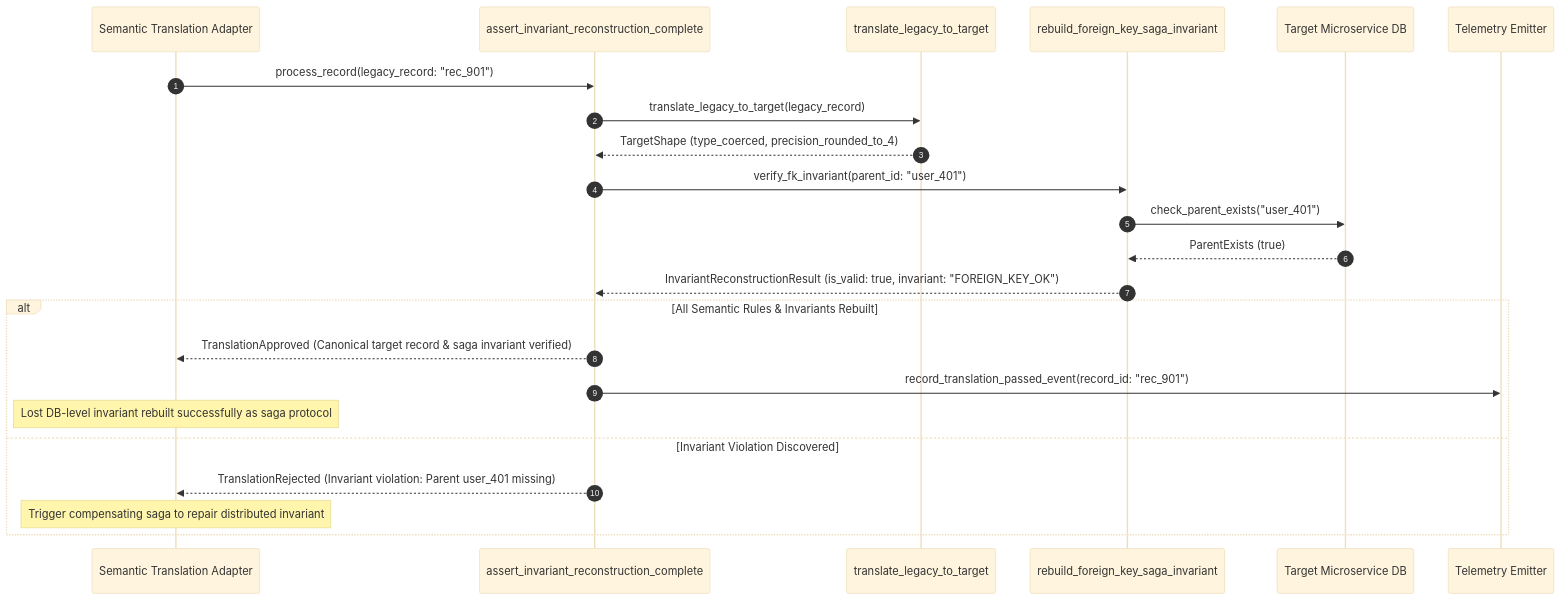
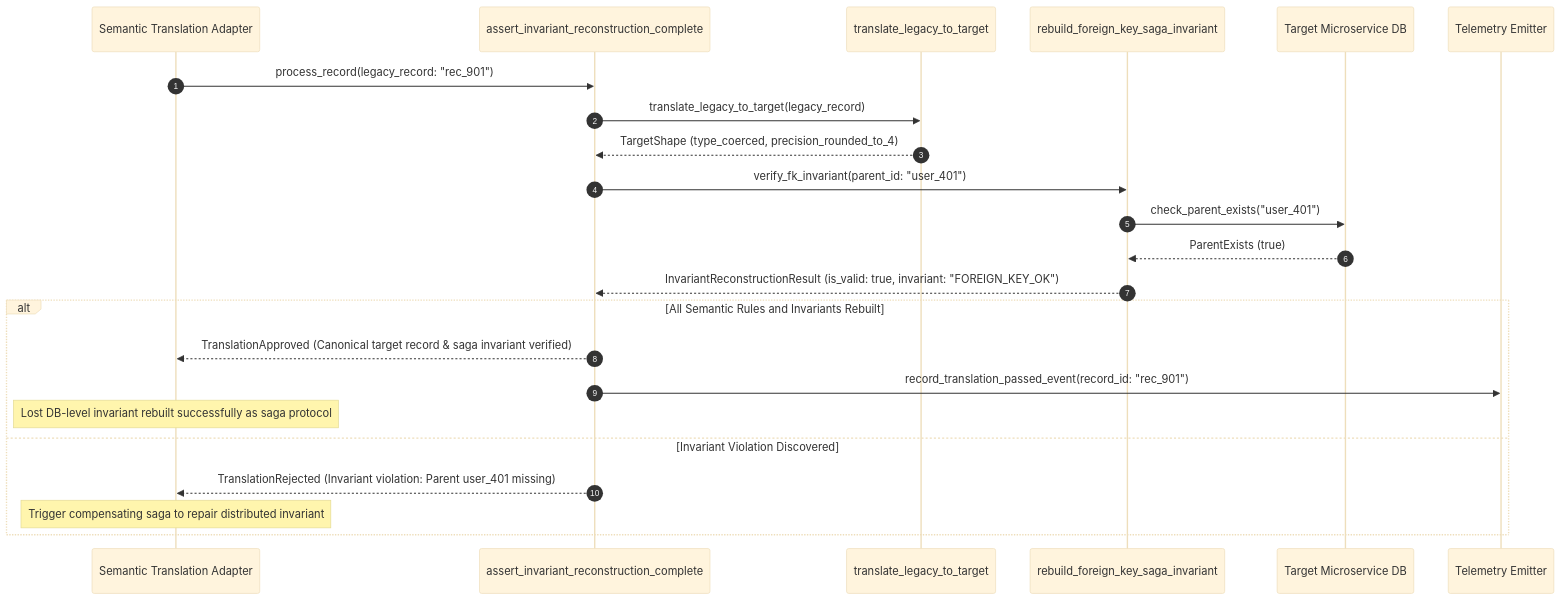
One commit to Chief-Strategist-J/llm-observability-platform changed the second of 2 diagrams in notebooks/runbooks/refs/08-data-translation-and-sagas/semantic-translation-invariant-reconstruction.md. Above: the diagram before and after it, drawn with Mermaid (base theme). The commit also changed 52 other files, not shown here.

Commit message:
fix(docs): resolve all Mermaid diagram syntax errors across runbook suite

````diff
--- a/notebooks/runbooks/refs/08-data-translation-and-sagas/semantic-translation-invariant-reconstruction.md
+++ b/notebooks/runbooks/refs/08-data-translation-and-sagas/semantic-translation-invariant-reconstruction.md
@@ -54,30 +54,30 @@
 ```mermaid
 sequenceDiagram
     autonumber
     participant Adapter as Semantic Translation Adapter
     participant Guard as assert_invariant_reconstruction_complete
     participant Translator as translate_legacy_to_target
     participant SagaRebuilder as rebuild_foreign_key_saga_invariant
     participant TargetSvc as Target Microservice DB
     participant Audit as Telemetry Emitter
 
     Adapter->>Guard: process_record(legacy_record: "rec_901")
     
     Guard->>Translator: translate_legacy_to_target(legacy_record)
     Translator-->>Guard: TargetShape (type_coerced, precision_rounded_to_4)
 
     Guard->>SagaRebuilder: verify_fk_invariant(parent_id: "user_401")
     SagaRebuilder->>TargetSvc: check_parent_exists("user_401")
     TargetSvc-->>SagaRebuilder: ParentExists (true)
 
     SagaRebuilder-->>Guard: InvariantReconstructionResult (is_valid: true, invariant: "FOREIGN_KEY_OK")
 
-    alt All Semantic Rules & Invariants Rebuilt
+    alt All Semantic Rules and Invariants Rebuilt
         Guard-->>Adapter: TranslationApproved (Canonical target record & saga invariant verified)
         Guard->>Audit: record_translation_passed_event(record_id: "rec_901")
         Note over Adapter: Lost DB-level invariant rebuilt successfully as saga protocol
     else Invariant Violation Discovered
         Guard-->>Adapter: TranslationRejected (Invariant violation: Parent user_401 missing)
         Note over Adapter: Trigger compensating saga to repair distributed invariant
     end
 ```
````
